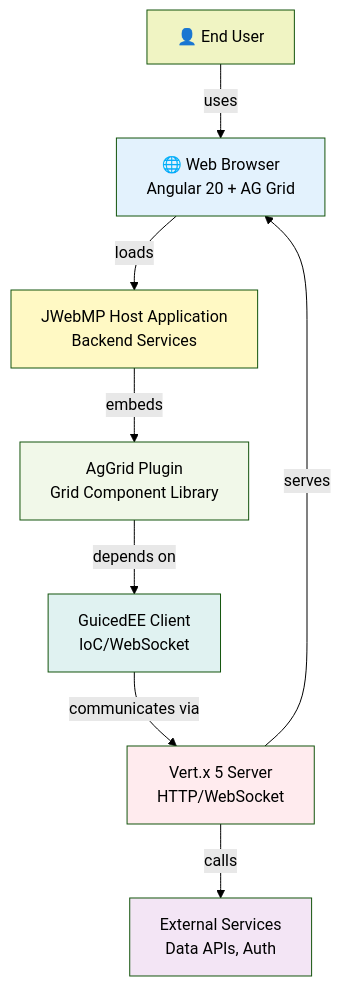
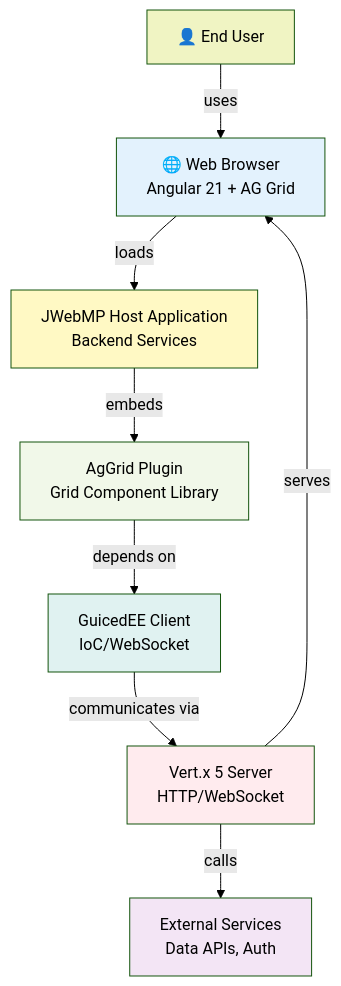
One commit to JWebMP/AgGrid changed the diagram in docs/architecture/c4-context.md. Above: the diagram before and after it, drawn with Mermaid (forest theme). The commit also changed other lines of this file and 4 other files, not shown here.

````diff
--- a/docs/architecture/c4-context.md
+++ b/docs/architecture/c4-context.md
@@ -5,27 +5,27 @@
 ```mermaid
 graph TB
-    Browser["🌐 Web Browser<br/>Angular 20 + AG Grid"]
+    Browser["🌐 Web Browser<br/>Angular 21 + AG Grid"]
     User["👤 End User"]
     
     JWebMPApp["JWebMP Host Application<br/>Backend Services"]
     AgGridPlugin["AgGrid Plugin<br/>Grid Component Library"]
     GuicedEE["GuicedEE Client<br/>IoC/WebSocket"]
     VertxServer["Vert.x 5 Server<br/>HTTP/WebSocket"]
     ExternalAPIs["External Services<br/>Data APIs, Auth"]
     
     User -->|uses| Browser
     Browser -->|loads| JWebMPApp
     JWebMPApp -->|embeds| AgGridPlugin
     AgGridPlugin -->|depends on| GuicedEE
     GuicedEE -->|communicates via| VertxServer
     VertxServer -->|serves| Browser
     VertxServer -->|calls| ExternalAPIs
     
     style Browser fill:#E3F2FD
     style User fill:#F0F4C3
     style JWebMPApp fill:#FFF9C4
     style AgGridPlugin fill:#F1F8E9
     style GuicedEE fill:#E0F2F1
     style VertxServer fill:#FFEBEE
     style ExternalAPIs fill:#F3E5F5
 ```
````
